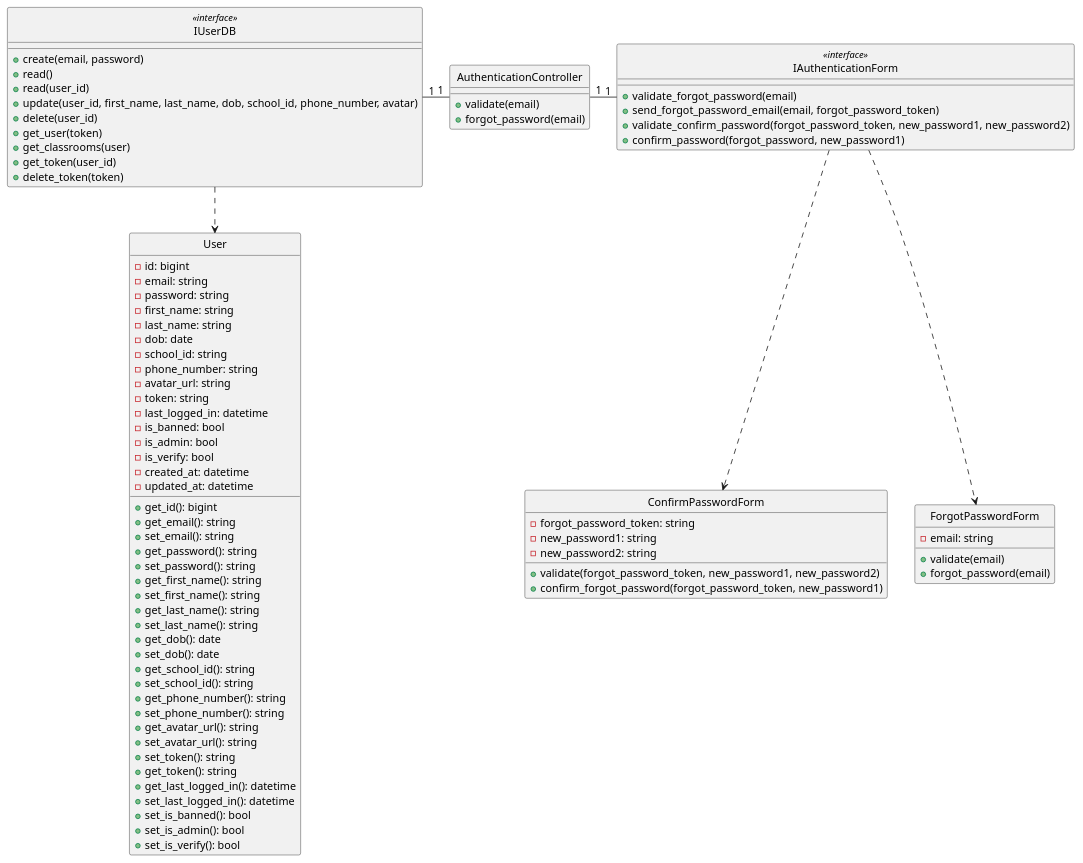
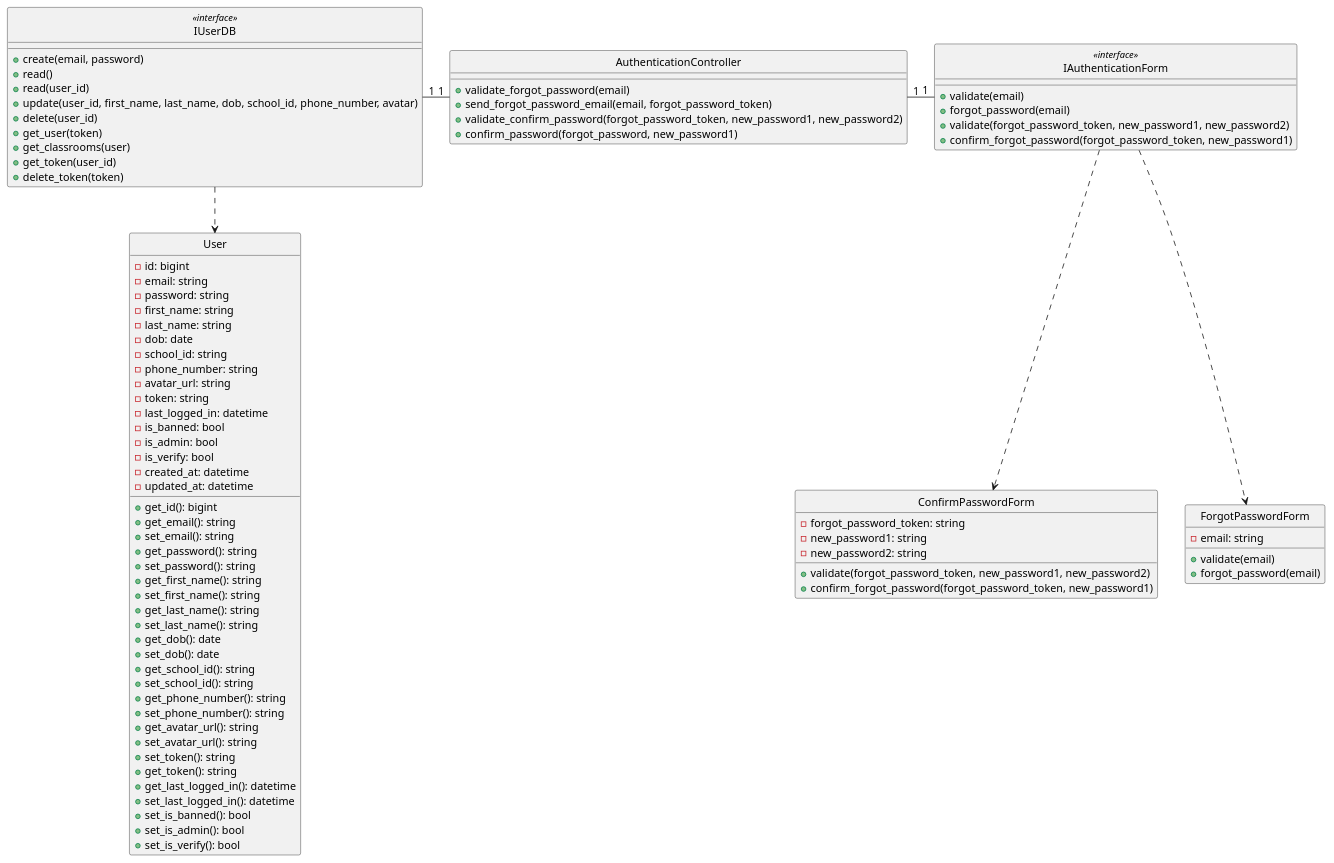
Before and after one commit to anonyhostvn/OOAD-Diagram: the diagram in class - design/authentication/forgotPassword.plantuml, drawn with PlantUML. The commit also changed 1 other file, not shown here.

Commit message:
authentication Class diagram update2

```diff
--- a/class - design/authentication/forgotPassword.plantuml
+++ b/class - design/authentication/forgotPassword.plantuml
@@ -1,100 +1,102 @@
 @startuml createClass
 
 class User {
     - id: bigint
     - email: string
     - password: string
     - first_name: string
     - last_name: string
     - dob: date
     - school_id: string
     - phone_number: string
     - avatar_url: string
     - token: string
     - last_logged_in: datetime
     - is_banned: bool
     - is_admin: bool
     - is_verify: bool
     - created_at: datetime
     - updated_at: datetime
 
     + get_id(): bigint
     + get_email(): string
     + set_email(): string
     + get_password(): string
     + set_password(): string
     + get_first_name(): string
     + set_first_name(): string
     + get_last_name(): string
     + set_last_name(): string
     + get_dob(): date
     + set_dob(): date
     + get_school_id(): string
     + set_school_id(): string
     + get_phone_number(): string
     + set_phone_number(): string
     + get_avatar_url(): string
     + set_avatar_url(): string
     + set_token(): string
     + get_token(): string
     + get_last_logged_in(): datetime
     + set_last_logged_in(): datetime
     + set_is_banned(): bool
     + set_is_admin(): bool
     + set_is_verify(): bool
 }
 
 class IUserDB <<interface>> {
     + create(email, password)
     + read()
     + read(user_id)
     + update(user_id, first_name, last_name, dob, school_id, phone_number, avatar)
     + delete(user_id)
     + get_user(token)
     + get_classrooms(user)
     + get_token(user_id)
     + delete_token(token)
 }
 
 class ForgotPasswordForm {
     - email: string
 
     + validate(email)
     + forgot_password(email)
 }
 
 class ConfirmPasswordForm {
     - forgot_password_token: string
     - new_password1: string
     - new_password2: string
 
     + validate(forgot_password_token, new_password1, new_password2)
     + confirm_forgot_password(forgot_password_token, new_password1)
 }
 
 class IAuthenticationForm <<interface>> {
+    + validate(email)
+    + forgot_password(email)
+    + validate(forgot_password_token, new_password1, new_password2)
+    + confirm_forgot_password(forgot_password_token, new_password1)
+}
+
+class AuthenticationController {
     + validate_forgot_password(email)
     + send_forgot_password_email(email, forgot_password_token)
     + validate_confirm_password(forgot_password_token, new_password1, new_password2)
     + confirm_password(forgot_password, new_password1)
-}
-
-class AuthenticationController {
-    + validate(email)
-    + forgot_password(email)
 }
 
 hide User circle
 hide IUserDB <<interface>> circle
 hide ForgotPasswordForm circle
 hide ConfirmPasswordForm circle
 hide IAuthenticationForm <<interface>> circle
 hide AuthenticationController circle
 
 IUserDB -down.> User
 IAuthenticationForm .down.> ForgotPasswordForm
 IAuthenticationForm .down.> ConfirmPasswordForm
 AuthenticationController "1"-left-"1" IUserDB
 IAuthenticationForm "1"-left-"1" AuthenticationController
 
 @enduml
```
